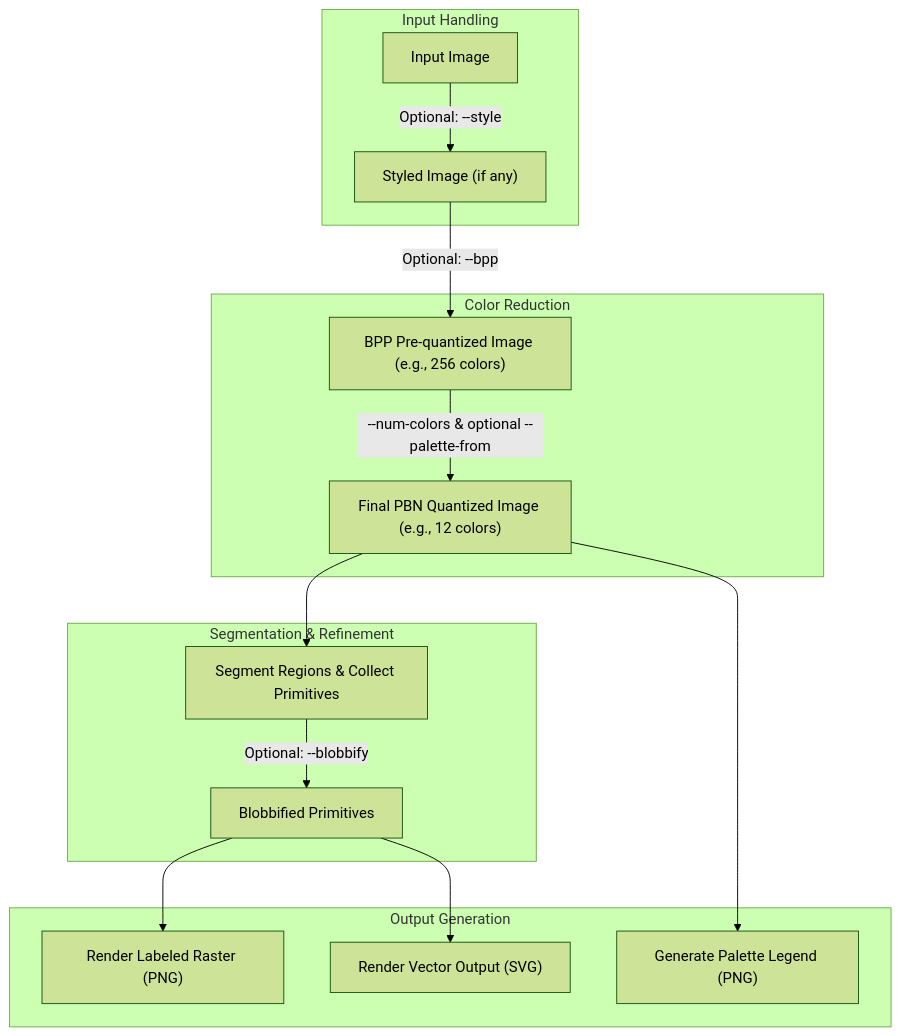
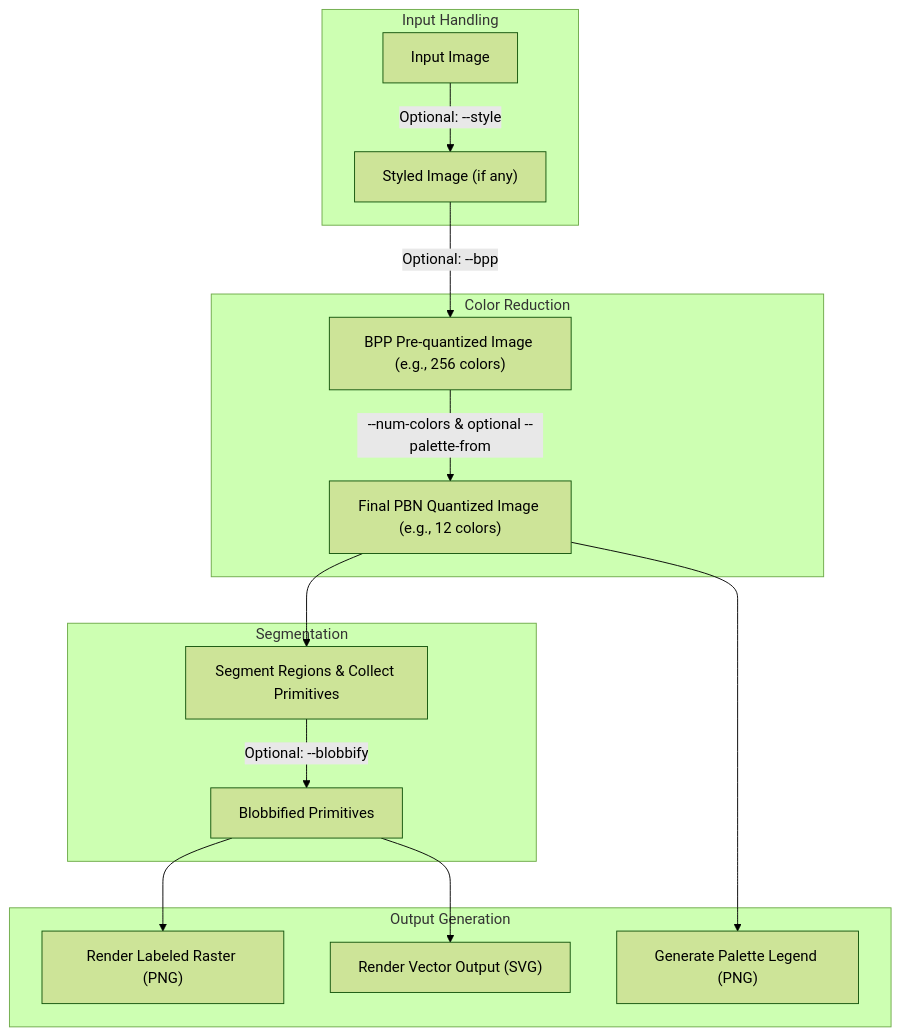
The diagram in README.md (scottvr/pbngen), drawn with Mermaid (forest theme) before and after one commit.

````diff
--- a/README.md
+++ b/README.md
@@ -270,29 +270,29 @@
 ```mermaid
 graph TD
     A["Input Image"] -->|Optional: --style| B["Styled Image (if any)"];
     B -->|Optional: --bpp| C["BPP Pre-quantized Image (e.g., 256 colors)"];
     C -->|--num-colors & optional --palette-from| D["Final PBN Quantized Image (e.g., 12 colors)"];
     D --> E["Segment Regions & Collect Primitives"];
     E -->|Optional: --blobbify| F["Blobbified Primitives"];
     F --> G["Render Labeled Raster (PNG)"];
     F --> H["Render Vector Output (SVG)"];
     D --> I["Generate Palette Legend (PNG)"];
 
     subgraph "Input Handling"
         A
         B
     end
     subgraph "Color Reduction"
         C
         D
     end
-    subgraph "Segmentation & Refinement"
+    subgraph "Segmentation"
         E
         F
     end
     subgraph "Output Generation"
         G
         H
         I
     end
 ```
````
